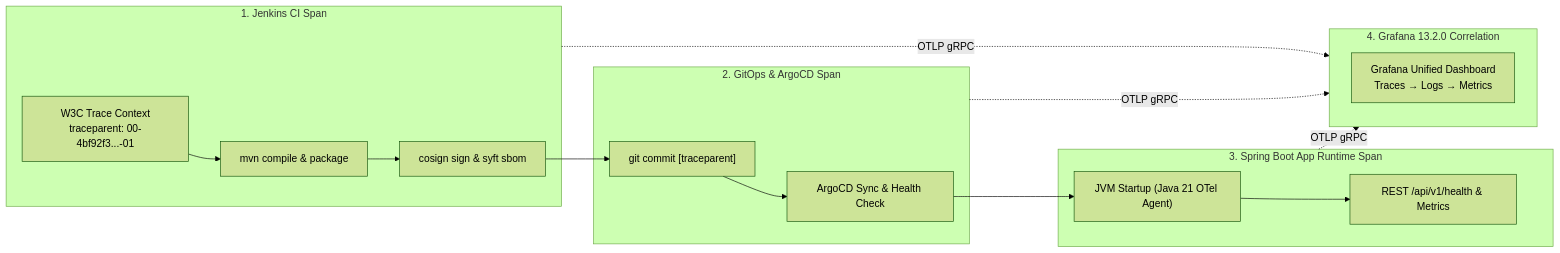
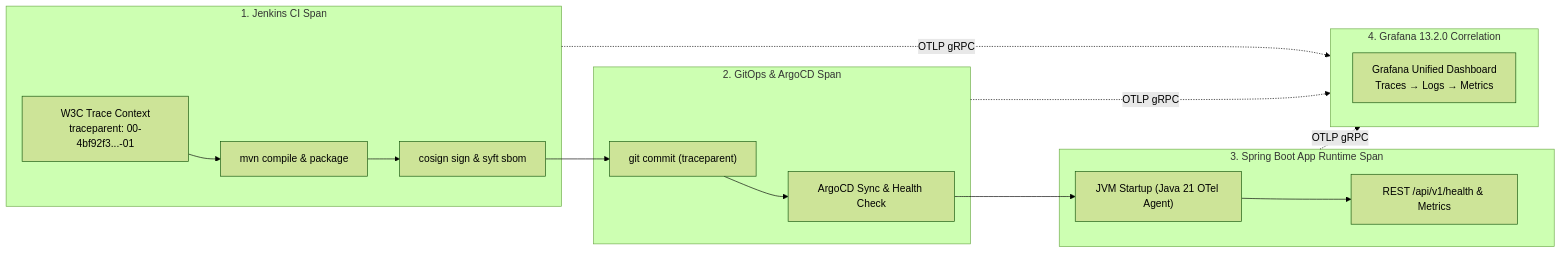
One commit to nubenetes/jenkins-without-git-parameter changed diagram 14 of 14 in README.md. Above: the diagram before and after it, drawn with Mermaid (forest theme). The commit also changed other lines of this file, not shown here.

Commit message:
fix(gfm): clean details/summary spacing and escape square brackets in mermaid nodes to ensure seamless unfolding on GitHub

````diff
--- a/README.md
+++ b/README.md
@@ -888,29 +874,29 @@
 ```mermaid
 flowchart LR
     subgraph PipelineSpan["1. Jenkins CI Span"]
         JTrace["W3C Trace Context<br/>traceparent: 00-4bf92f3...-01"]
         JBuild["mvn compile & package"]
         JSign["cosign sign & syft sbom"]
     end
 
     subgraph GitOpsSpan["2. GitOps & ArgoCD Span"]
-        GCommit["git commit [traceparent]"]
+        GCommit["git commit (traceparent)"]
         ASync["ArgoCD Sync & Health Check"]
     end
 
     subgraph AppRuntimeSpan["3. Spring Boot App Runtime Span"]
         AppStart["JVM Startup (Java 21 OTel Agent)"]
         HTTPReq["REST /api/v1/health & Metrics"]
     end
 
     subgraph UnifiedGrafana["4. Grafana 13.2.0 Correlation"]
         GrafanaDash["Grafana Unified Dashboard<br/>Traces → Logs → Metrics"]
     end
 
     JTrace --> JBuild --> JSign
     JSign --> GCommit --> ASync
     ASync --> AppStart --> HTTPReq
     PipelineSpan -.->|"OTLP gRPC"| UnifiedGrafana
     GitOpsSpan -.->|"OTLP gRPC"| UnifiedGrafana
     AppRuntimeSpan -.->|"OTLP gRPC"| UnifiedGrafana
 ```
````
